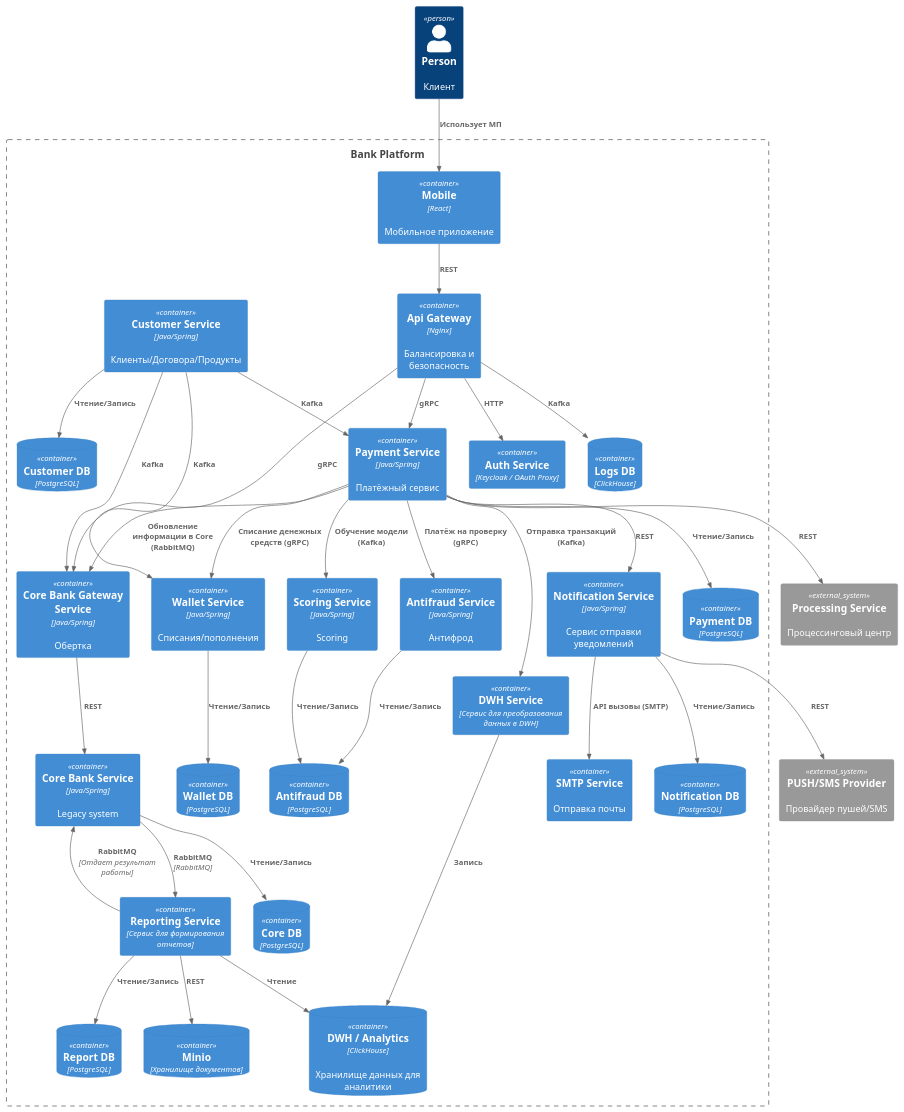
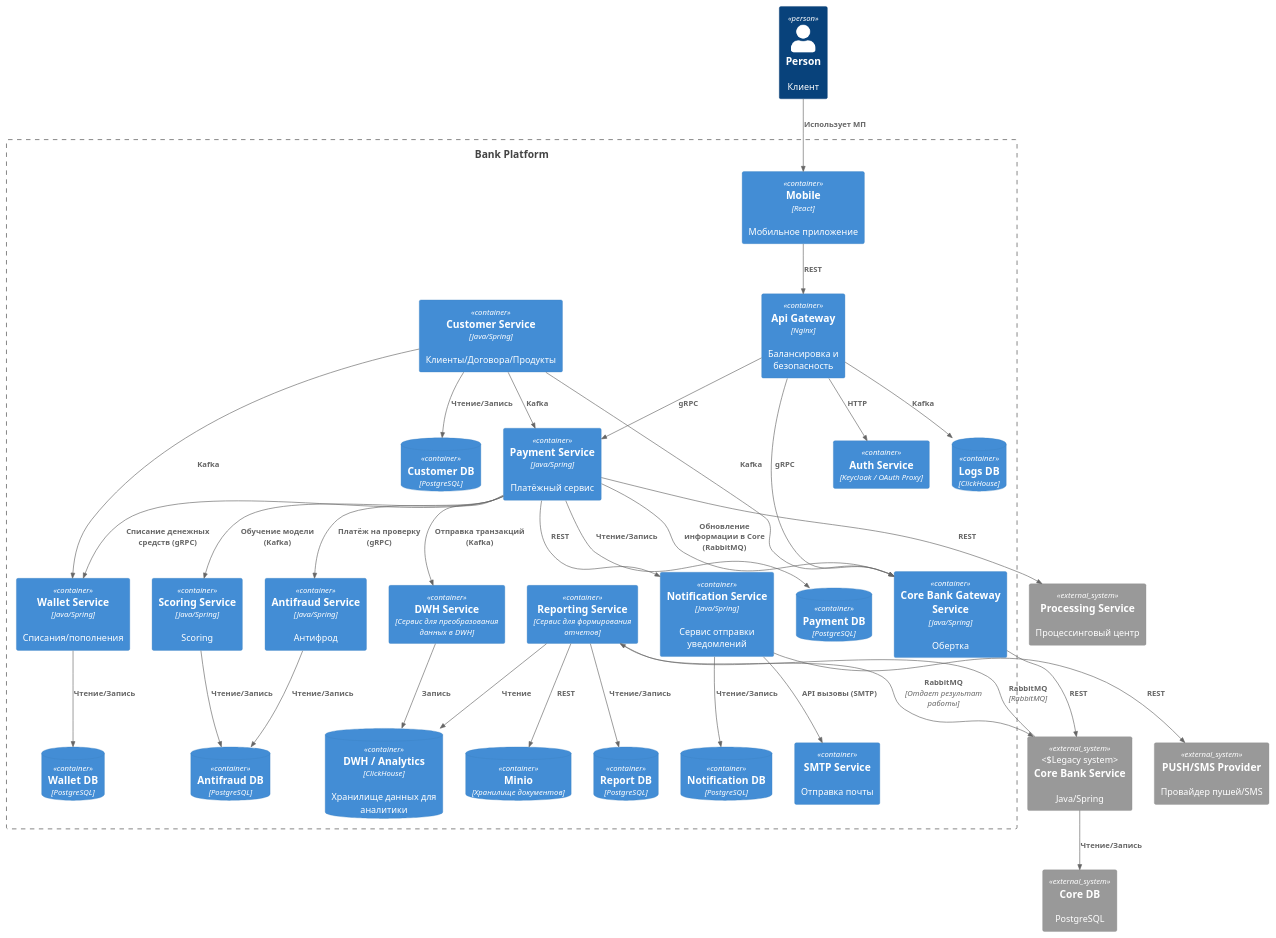
Before and after one commit to vaneks/System-design: the diagram in task1/C2.puml, drawn with PlantUML. The commit also changed 1 other file, not shown here.

```diff
--- a/task1/C2.puml
+++ b/task1/C2.puml
@@ -1,81 +1,81 @@
 @startuml
 !include https://raw.githubusercontent.com/plantuml-stdlib/C4-PlantUML/master/C4_Container.puml
 
 Person(person, "Person", "Клиент")
 
 Boundary(internal, "Bank Platform") {
   Container(mobile, "Mobile", "React", "Мобильное приложение")
   Container(apiGw, "Api Gateway", "Nginx", "Балансировка и безопасность")
   Container(auth, "Auth Service", "Keycloak / OAuth Proxy")
   Container(payment, "Payment Service", "Java/Spring", "Платёжный сервис")
   Container(wallet, "Wallet Service", "Java/Spring", "Списания/пополнения")
   Container(antifraud, "Antifraud Service", "Java/Spring", "Антифрод")
   Container(scoring, "Scoring Service", "Java/Spring", "Scoring")
   Container(coreGw, "Core Bank Gateway Service", "Java/Spring", "Обертка")
-  Container(core, "Core Bank Service", "Java/Spring", "Legacy system")
   Container(customer, "Customer Service", "Java/Spring", "Клиенты/Договора/Продукты")
   Container(notification, "Notification Service", "Java/Spring", "Сервис отправки уведомлений")
   Container(smtp, "SMTP Service", "", "Отправка почты")
   Container(etl, "DWH Service", "Сервис для преобразования данных в DWH")
   Container(report, "Reporting Service", "Сервис для формирования отчетов")
 
 
   ContainerDb(paymentDb, "Payment DB", "PostgreSQL")
   ContainerDb(walletDb, "Wallet DB", "PostgreSQL")
   ContainerDb(antifraudDb, "Antifraud DB", "PostgreSQL")
   ContainerDb(customerDb, "Customer DB", "PostgreSQL")
-  ContainerDb(coreDb, "Core DB", "PostgreSQL")
   ContainerDb(notificationDb, "Notification DB", "PostgreSQL")
   ContainerDb(reportDb, "Report DB", "PostgreSQL")
   ContainerDb(dwhDb, "DWH / Analytics", "ClickHouse", "Хранилище данных для аналитики")
   ContainerDb(reportMinio, "Minio", "Хранилище документов")
   ContainerDb(logsDb, "Logs DB", "ClickHouse")
 }
 
+System_Ext(core, "Core Bank Service", "Java/Spring", "Legacy system")
 System_Ext(processing, "Processing Service", "Процессинговый центр")
 System_Ext(push, "PUSH/SMS Provider", "Провайдер пушей/SMS")
+System_Ext(coreDb, "Core DB", "PostgreSQL")
 
 Rel(apiGw, logsDb, "Kafka")
 Rel(apiGw, auth, "HTTP")
 
 Rel(person, mobile, "Использует МП")
 Rel(mobile, apiGw, "REST")
 Rel(apiGw, payment, "gRPC")
 Rel(apiGw, coreGw, "gRPC")
 
 Rel(customer, coreGw, "Kafka")
 Rel(customer, payment, "Kafka")
 Rel(customer, wallet, "Kafka")
 Rel(customer, customerDb, "Чтение/Запись")
 
 Rel(payment, wallet, "Списание денежных средств (gRPC)")
 Rel(payment, antifraud, "Платёж на проверку (gRPC)")
 Rel(payment, scoring, "Обучение модели (Kafka)")
 Rel(antifraud, antifraudDb, "Чтение/Запись")
 Rel(scoring, antifraudDb, "Чтение/Запись")
 
 Rel(payment, coreGw, "Обновление информации в Core (RabbitMQ)")
 Rel(coreGw, core, "REST")
 Rel(core, coreDb, "Чтение/Запись")
 
 Rel(wallet, walletDb, "Чтение/Запись")
 Rel(payment, paymentDb, "Чтение/Запись")
 
 Rel(payment, processing, "REST")
 Rel(payment, notification, "REST")
 
 Rel(notification, smtp, "API вызовы (SMTP)")
 Rel(notification, push, "REST")
 Rel(notification, notificationDb, "Чтение/Запись")
 
 Rel(payment, etl, "Отправка транзакций (Kafka)")
 Rel(etl, dwhDb, "Запись")
 
 Rel(report, reportDb, "Чтение/Запись")
 Rel(core, report, "RabbitMQ", "RabbitMQ")
 Rel(report, core, "RabbitMQ", "Отдает результат работы")
 Rel(report, dwhDb, "Чтение")
 Rel(report, reportMinio, "REST")
 
 
 @enduml
```
